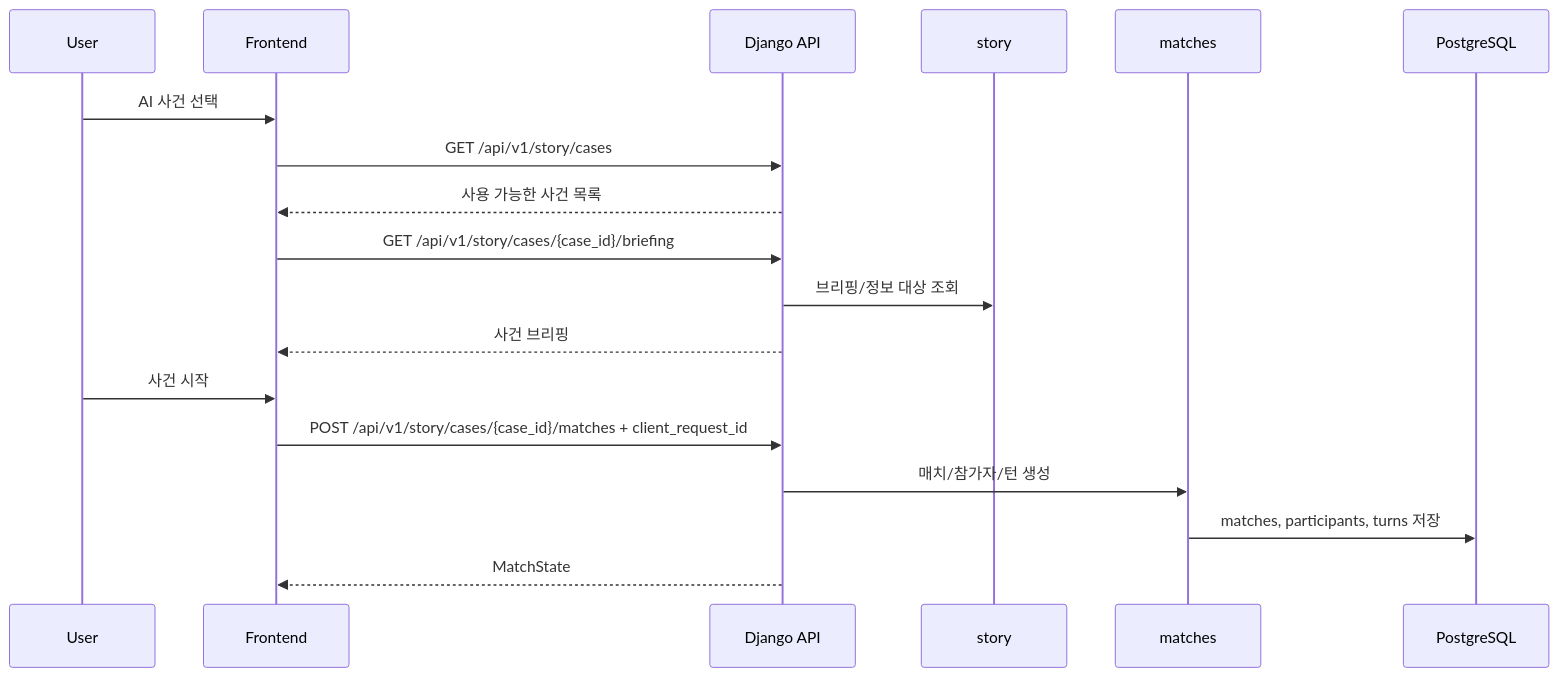
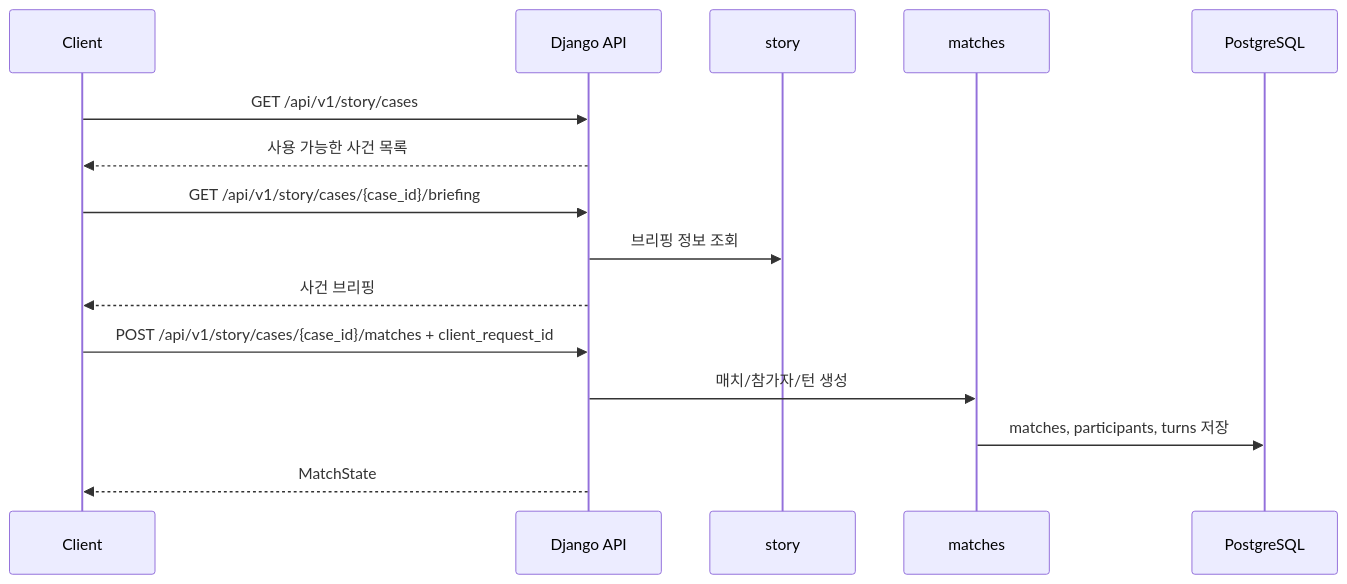
One commit to SKNETWORKS-FAMILY-AICAMP/SKN27-4th-3team changed the third of 5 diagrams in README.md. Above: the diagram before and after it, drawn with Mermaid. The commit also changed other lines of this file and 1 other file, not shown here.

Commit message:
README.md (line 7)를 문서 기준으로 재정리했습니다. 프론트/LLM/KAG/GraphDB는 현재 사용 기술에서 분리했고, GraphDB는 미사용으로 명시했습니다. ERD는 README.md (line 231)에 “RDB 테이블 구성은 있음, 시각적 ERD 산출물은 아직 없음”으로 정리했습니다. memory.md (line 1)도 stale 상태라 현재 브랜치/모델/ERD 상태만 최소 갱신했습니다.

````diff
--- a/README.md
+++ b/README.md
@@ -121,21 +143,18 @@
 ```mermaid
 sequenceDiagram
-    participant U as User
-    participant F as Frontend
+    participant C as Client
     participant A as Django API
     participant S as story
     participant M as matches
     participant DB as PostgreSQL
 
-    U->>F: AI 사건 선택
-    F->>A: GET /api/v1/story/cases
-    A-->>F: 사용 가능한 사건 목록
-    F->>A: GET /api/v1/story/cases/{case_id}/briefing
-    A->>S: 브리핑/정보 대상 조회
-    A-->>F: 사건 브리핑
-    U->>F: 사건 시작
-    F->>A: POST /api/v1/story/cases/{case_id}/matches + client_request_id
+    C->>A: GET /api/v1/story/cases
+    A-->>C: 사용 가능한 사건 목록
+    C->>A: GET /api/v1/story/cases/{case_id}/briefing
+    A->>S: 브리핑 정보 조회
+    A-->>C: 사건 브리핑
+    C->>A: POST /api/v1/story/cases/{case_id}/matches + client_request_id
     A->>M: 매치/참가자/턴 생성
     M->>DB: matches, participants, turns 저장
-    A-->>F: MatchState
+    A-->>C: MatchState
 ```
````
